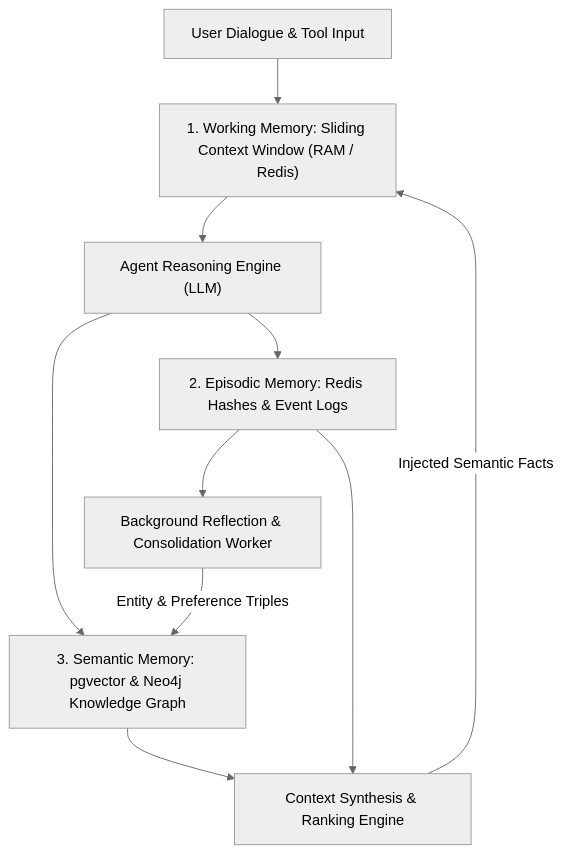
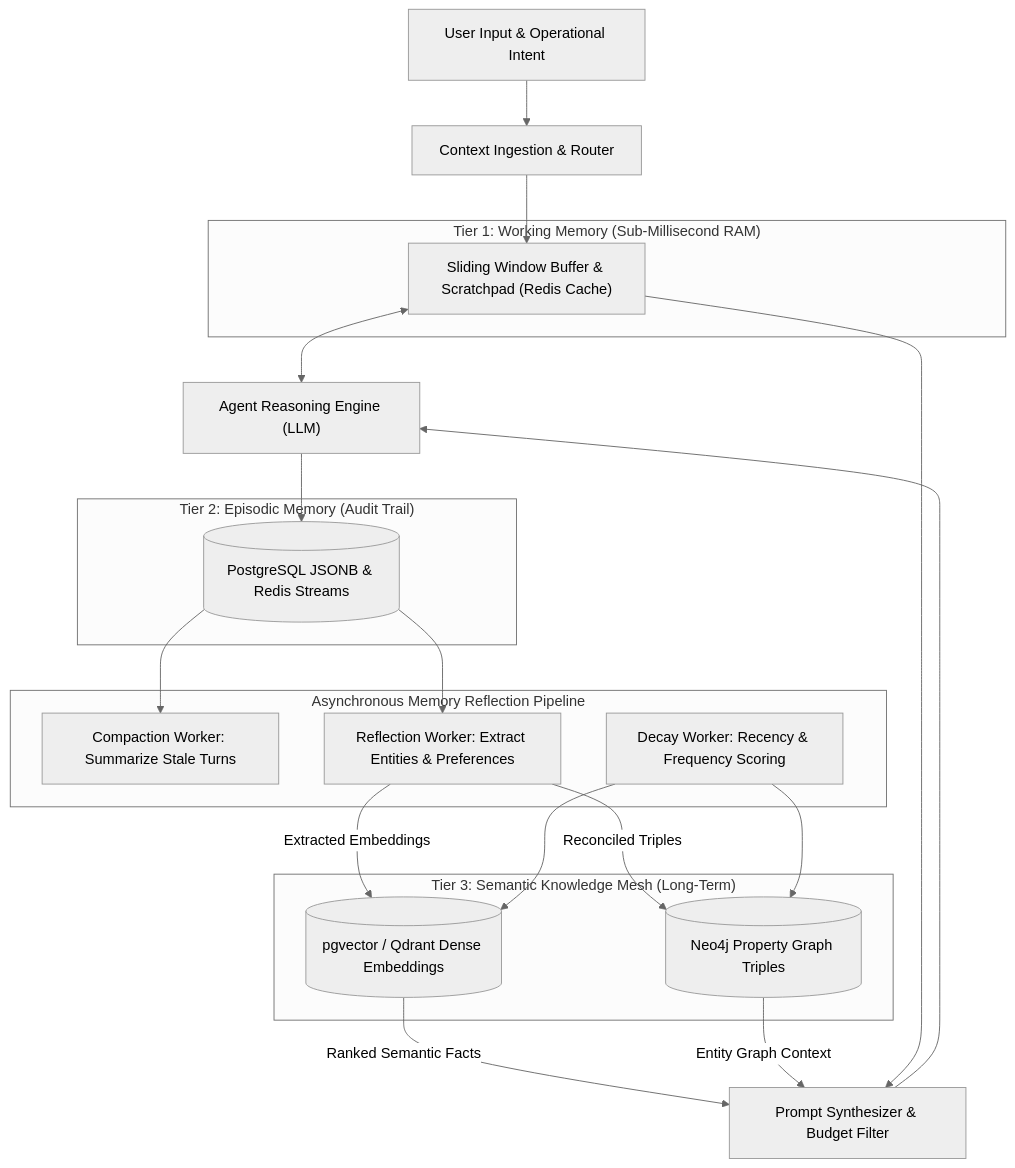
Before and after one commit to vesviet/vesviet: the first of 2 diagrams in content/series/ai-data-engineering-pipeline/part-7-agentic-memory-long-term.md, drawn with Mermaid (neutral theme). The commit also changed other lines of this file and 67 other files, not shown here.

````diff
--- a/content/series/ai-data-engineering-pipeline/part-7-agentic-memory-long-term.md
+++ b/content/series/ai-data-engineering-pipeline/part-7-agentic-memory-long-term.md
@@ -40,15 +65,41 @@
 ```mermaid
 graph TD
-    UserInput["User Dialogue & Tool Input"] --> WM["1. Working Memory: Sliding Context Window (RAM / Redis)"]
-    WM --> AgentCore["Agent Reasoning Engine (LLM)"]
+    UserQuery["User Input & Operational Intent"] --> IngestionEngine["Context Ingestion & Router"]
+    
+    subgraph Tier1 ["Tier 1: Working Memory (Sub-Millisecond RAM)"]
+        WM["Sliding Window Buffer & Scratchpad (Redis Cache)"]
+    end
 
-    AgentCore --> Episodic["2. Episodic Memory: Redis Hashes & Event Logs"]
-    AgentCore --> Semantic["3. Semantic Memory: pgvector & Neo4j Knowledge Graph"]
+    subgraph Tier2 ["Tier 2: Episodic Memory (Audit Trail)"]
+        EpisodicStore[("PostgreSQL JSONB & Redis Streams")]
+    end
 
-    Episodic --> Distiller["Background Reflection & Consolidation Worker"]
-    Distiller -->|"Entity & Preference Triples"| Semantic
+    subgraph Tier3 ["Tier 3: Semantic Knowledge Mesh (Long-Term)"]
+        VectorDB[("pgvector / Qdrant Dense Embeddings")]
+        GraphDB[("Neo4j Property Graph Triples")]
+    end
 
-    Semantic --> Synthesis["Context Synthesis & Ranking Engine"]
-    Episodic --> Synthesis
-    Synthesis -->|"Injected Semantic Facts"| WM
+    subgraph BackgroundServices ["Asynchronous Memory Reflection Pipeline"]
+        CompactionWorker["Compaction Worker: Summarize Stale Turns"]
+        ReflectionWorker["Reflection Worker: Extract Entities & Preferences"]
+        DecayWorker["Decay Worker: Recency & Frequency Scoring"]
+    end
+
+    IngestionEngine --> WM
+    WM <--> AgentLLM["Agent Reasoning Engine (LLM)"]
+    AgentLLM --> EpisodicStore
+
+    EpisodicStore --> ReflectionWorker
+    EpisodicStore --> CompactionWorker
+
+    ReflectionWorker -->|"Reconciled Triples"| GraphDB
+    ReflectionWorker -->|"Extracted Embeddings"| VectorDB
+
+    DecayWorker --> VectorDB
+    DecayWorker --> GraphDB
+
+    VectorDB -->|"Ranked Semantic Facts"| PromptSynthesizer["Prompt Synthesizer & Budget Filter"]
+    GraphDB -->|"Entity Graph Context"| PromptSynthesizer
+    WM --> PromptSynthesizer
+    PromptSynthesizer --> AgentLLM
 ```
````
